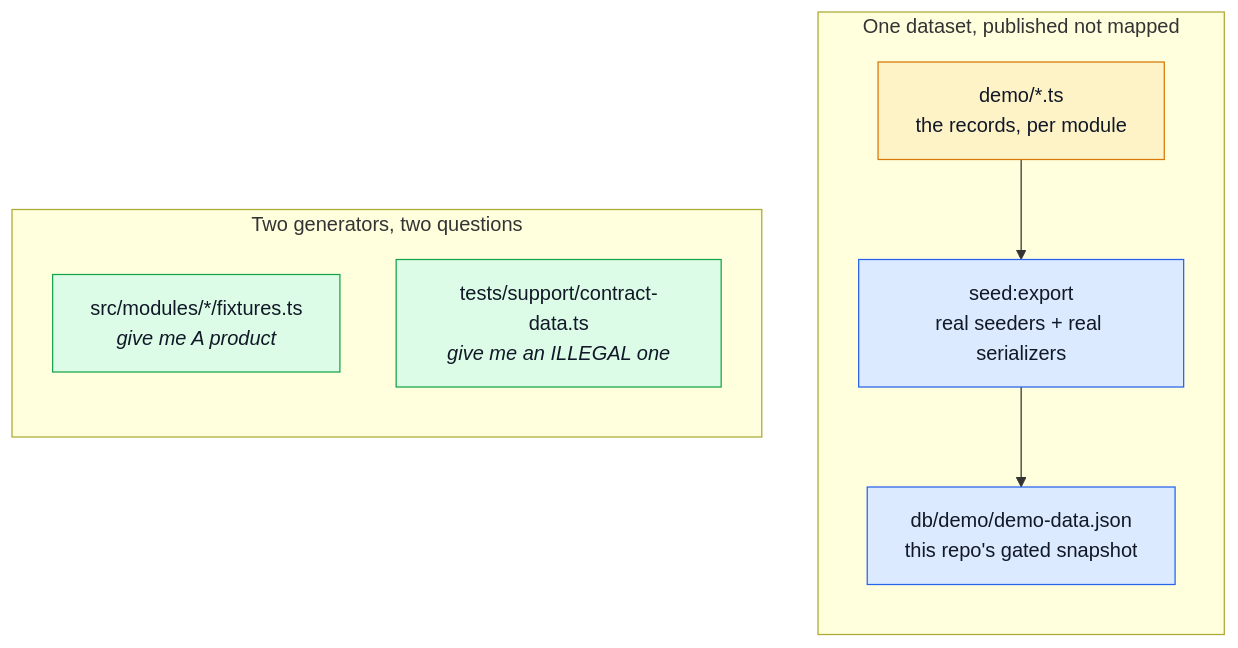
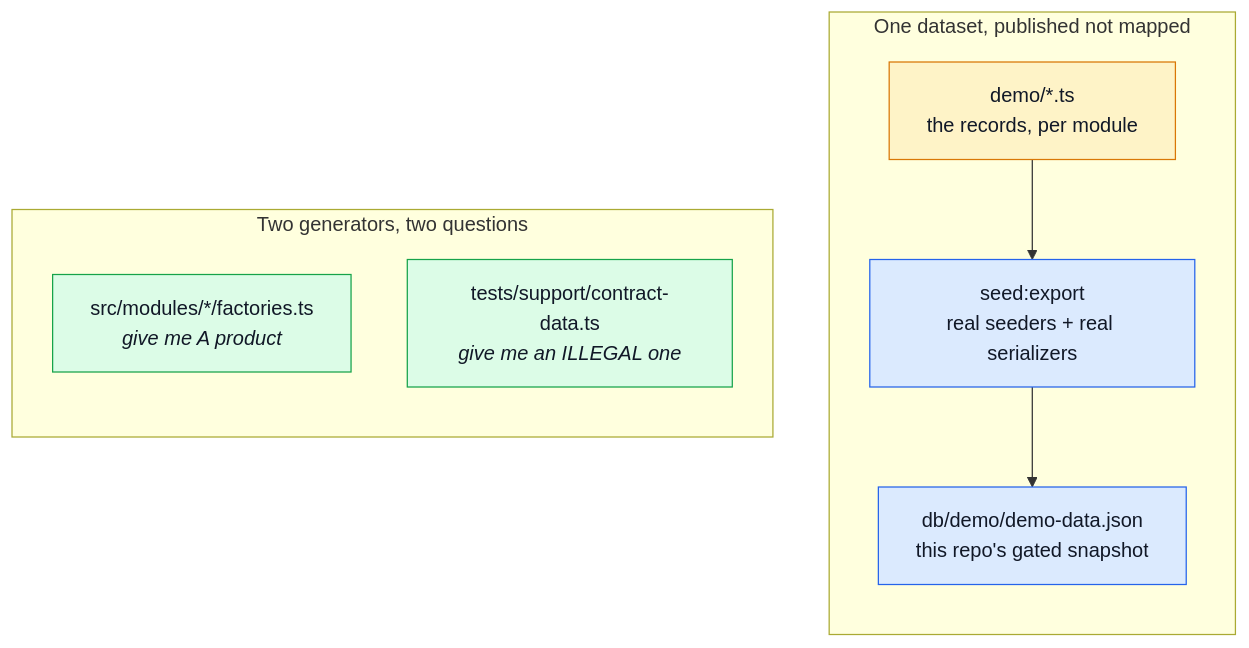
One commit to Guebbit/boilerplate-node-backend changed the second of 3 diagrams in docs/tools/testing-and-docs.md. Above: the diagram before and after it, drawn with Mermaid. The commit also changed other lines of this file and 110 other files, not shown here.

First line of the commit message:
refactor(testing): rename fixtures.ts to factories.ts across every module

````diff
--- a/docs/tools/testing-and-docs.md
+++ b/docs/tools/testing-and-docs.md
@@ -91,23 +91,23 @@
 ```mermaid
 %%{init: {'flowchart': {'nodeSpacing': 45, 'rankSpacing': 55}}}%%
 flowchart TB
     subgraph one["One dataset, published not mapped"]
         direction TB
         Seed["demo/*.ts<br/>the records, per module"]
         Seed --> Export["seed:export<br/>real seeders + real serializers"]
         Export --> Dataset["db/demo/demo-data.json<br/>this repo's gated snapshot"]
     end
 
     subgraph two["Two generators, two questions"]
         direction TB
-        Factories["src/modules/*/fixtures.ts<br/><i>give me A product</i>"]
+        Factories["src/modules/*/factories.ts<br/><i>give me A product</i>"]
         ContractData["tests/support/contract-data.ts<br/><i>give me an ILLEGAL one</i>"]
     end
 
     classDef source fill:#fef3c7,stroke:#d97706,color:#111827;
     classDef mapper fill:#dbeafe,stroke:#2563eb,color:#111827;
     classDef gen fill:#dcfce7,stroke:#16a34a,color:#111827;
     class Seed source;
     class Export,Dataset mapper;
     class Factories,ContractData gen;
 ```
````
